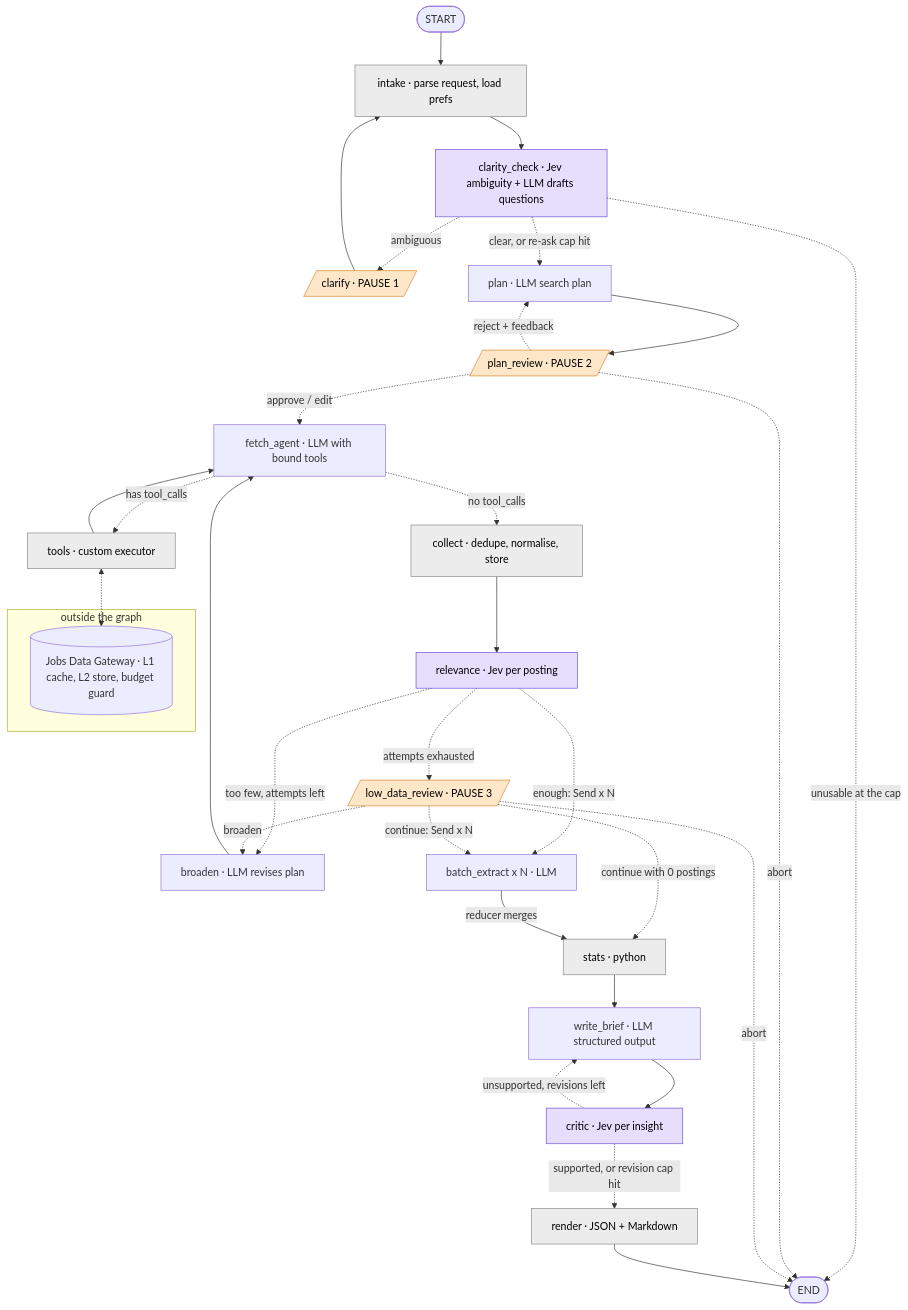
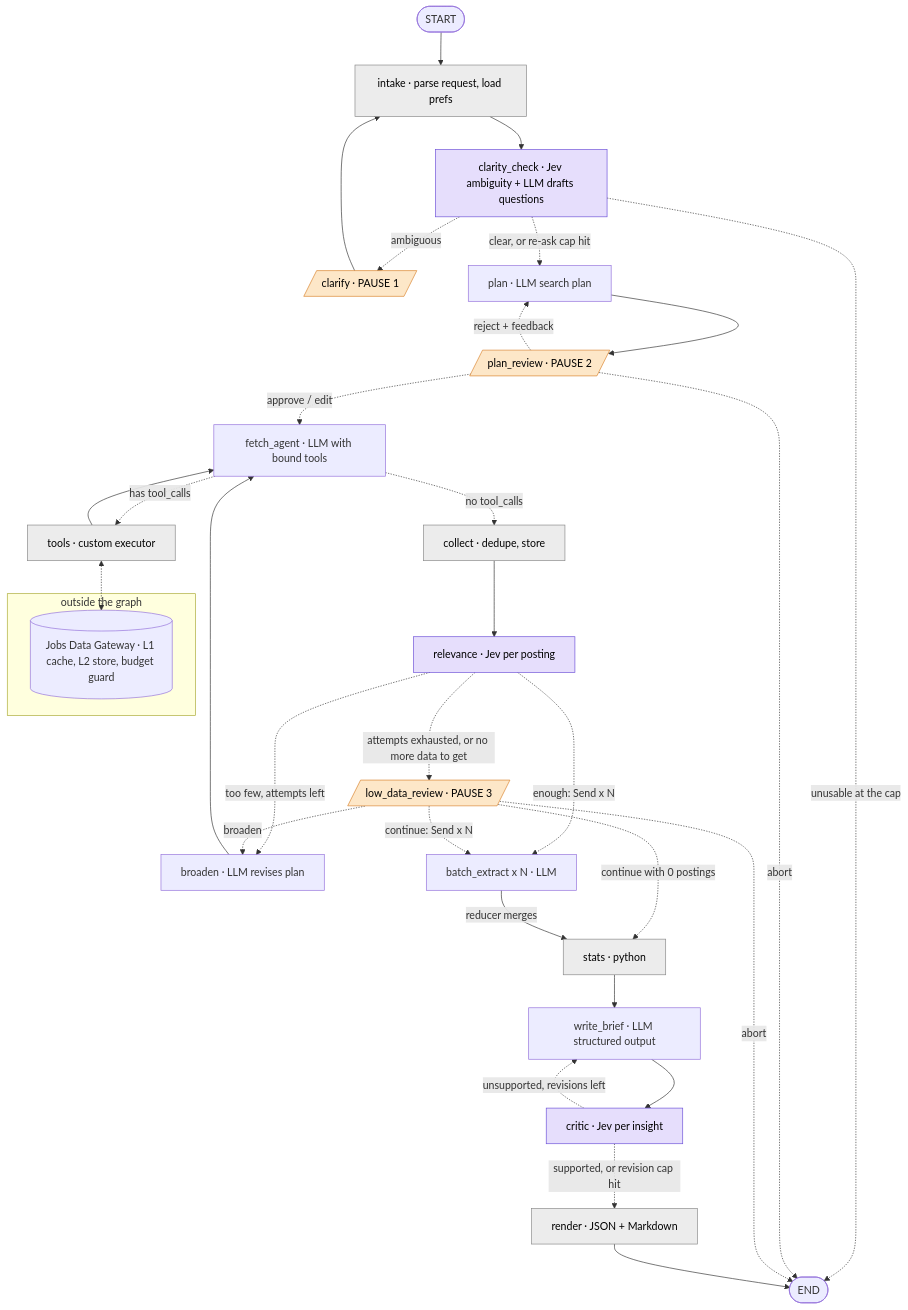
The second of 3 diagrams in docs/HLD.md (SmayanKulkarni/Joveo-Assignment-Smayan), drawn with Mermaid before and after one commit. The commit also changed other lines of this file and 16 other files, not shown here.

````diff
--- a/docs/HLD.md
+++ b/docs/HLD.md
@@ -68,60 +68,60 @@
 ```mermaid
 flowchart TD
   START([START])
   END_([END])
   intake[intake · parse request, load prefs]
   clarity_check[clarity_check · Jev ambiguity + LLM drafts questions]
   clarify[/clarify · PAUSE 1/]
   plan[plan · LLM search plan]
   plan_review[/plan_review · PAUSE 2/]
   fetch_agent[fetch_agent · LLM with bound tools]
   tools[tools · custom executor]
-  collect[collect · dedupe, normalise, store]
+  collect[collect · dedupe, store]
   relevance[relevance · Jev per posting]
   broaden[broaden · LLM revises plan]
   low_data_review[/low_data_review · PAUSE 3/]
   batch_extract[batch_extract x N · LLM]
   stats[stats · python]
   write_brief[write_brief · LLM structured output]
   critic[critic · Jev per insight]
   render[render · JSON + Markdown]
 
   subgraph outside [outside the graph]
     gw[(Jobs Data Gateway · L1 cache, L2 store, budget guard)]
   end
 
   START --> intake --> clarity_check
   clarity_check -.->|"clear, or re-ask cap hit"| plan
   clarity_check -.->|"ambiguous"| clarify
   clarity_check -.->|"unusable at the cap"| END_
   clarify --> intake
   plan --> plan_review
   plan_review -.->|"approve / edit"| fetch_agent
   plan_review -.->|"reject + feedback"| plan
   plan_review -.->|"abort"| END_
   fetch_agent -.->|"has tool_calls"| tools
   fetch_agent -.->|"no tool_calls"| collect
   tools --> fetch_agent
   tools <-.-> gw
   collect --> relevance
   relevance -.->|"enough: Send x N"| batch_extract
   relevance -.->|"too few, attempts left"| broaden
-  relevance -.->|"attempts exhausted"| low_data_review
+  relevance -.->|"attempts exhausted, or no more data to get"| low_data_review
   broaden --> fetch_agent
   low_data_review -.->|"broaden"| broaden
   low_data_review -.->|"continue: Send x N"| batch_extract
   low_data_review -.->|"continue with 0 postings"| stats
   low_data_review -.->|"abort"| END_
   batch_extract -->|"reducer merges"| stats
   stats --> write_brief --> critic
   critic -.->|"unsupported, revisions left"| write_brief
   critic -.->|"supported, or revision cap hit"| render
   render --> END_
 
   classDef pause fill:#fde7c8,stroke:#d9822b,color:#000
   classDef jev fill:#e6defc,stroke:#6b4fd8,color:#000
   classDef code fill:#ececec,stroke:#888,color:#000
   class clarify,plan_review,low_data_review pause
   class clarity_check,relevance,critic jev
   class intake,collect,stats,render,tools code
 ```
````
